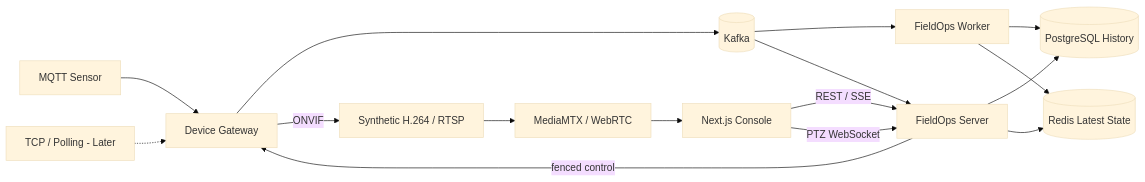
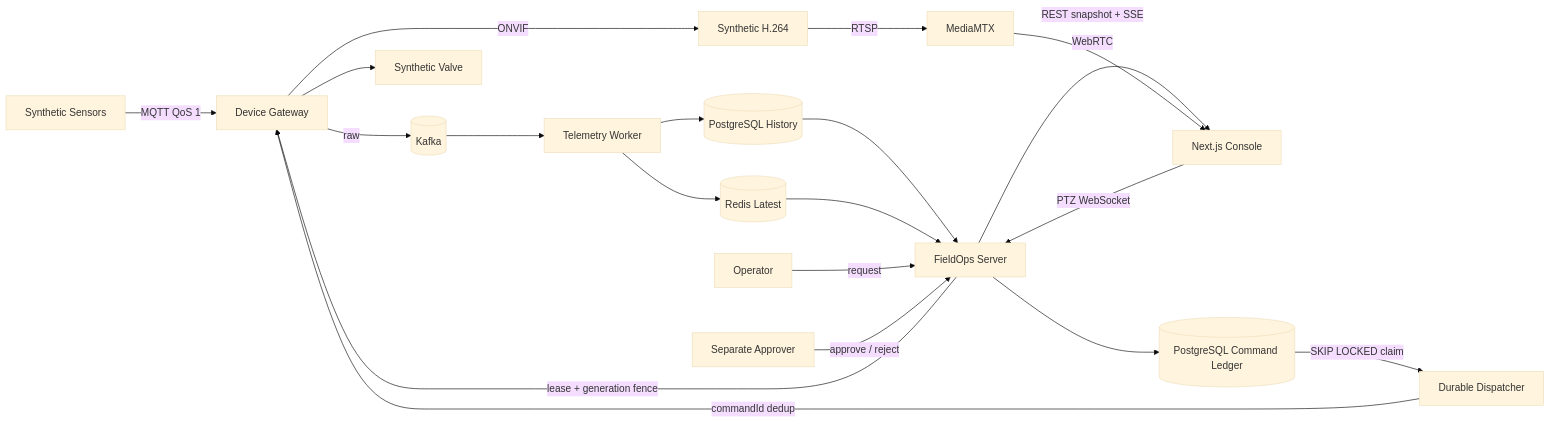
One commit to krait4g/fieldops-control-plane changed the diagram in README.md. Above: the diagram before and after it, drawn with Mermaid (base theme). The commit also changed other lines of this file and 5 other files, not shown here.

Commit message:
docs: package FieldOps for reviewer-first navigation

````diff
--- a/README.md
+++ b/README.md
@@ -172,18 +24,24 @@
 ```mermaid
 flowchart LR
-    SENSOR[MQTT Sensor] --> GW[Device Gateway]
-    GW --> K[(Kafka)]
-    K --> WORKER[FieldOps Worker]
-    WORKER --> PG[(PostgreSQL History)]
-    WORKER --> RD[(Redis Latest State)]
-    WEB[Next.js Console] -->|REST / SSE| API[FieldOps Server]
-    API --> PG
-    API --> RD
-    K --> API
-    EXT[TCP / Polling - Later] -.-> GW
-    CAM[Synthetic H.264 / RTSP] --> MEDIA[MediaMTX / WebRTC]
-    MEDIA --> WEB
-    WEB -->|PTZ WebSocket| API
-    API -->|fenced control| GW
-    GW -->|ONVIF| CAM
+  SENSOR[Synthetic Sensors] -->|MQTT QoS 1| GW[Device Gateway]
+  GW -->|raw| K[(Kafka)]
+  K --> WORKER[Telemetry Worker]
+  WORKER --> PG[(PostgreSQL History)]
+  WORKER --> RD[(Redis Latest)]
+  PG --> API[FieldOps Server]
+  RD --> API
+  API -->|REST snapshot + SSE| WEB[Next.js Console]
+
+  CAM[Synthetic H.264] -->|RTSP| MEDIA[MediaMTX]
+  MEDIA -->|WebRTC| WEB
+  WEB -->|PTZ WebSocket| API
+  API -->|lease + generation fence| GW
+  GW -->|ONVIF| CAM
+
+  OP[Operator] -->|request| API
+  AP[Separate Approver] -->|approve / reject| API
+  API --> CMD[(PostgreSQL Command Ledger)]
+  CMD -->|SKIP LOCKED claim| DISPATCH[Durable Dispatcher]
+  DISPATCH -->|commandId dedup| GW
+  GW --> VALVE[Synthetic Valve]
 ```
````
